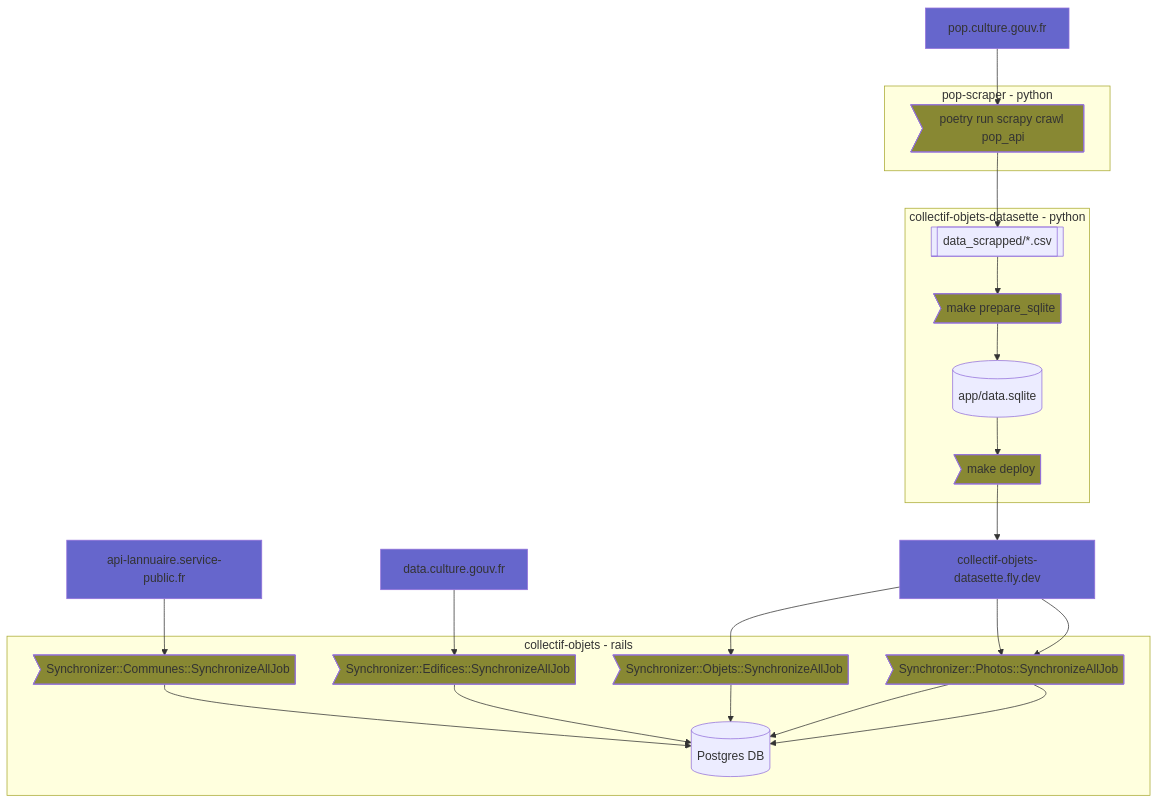
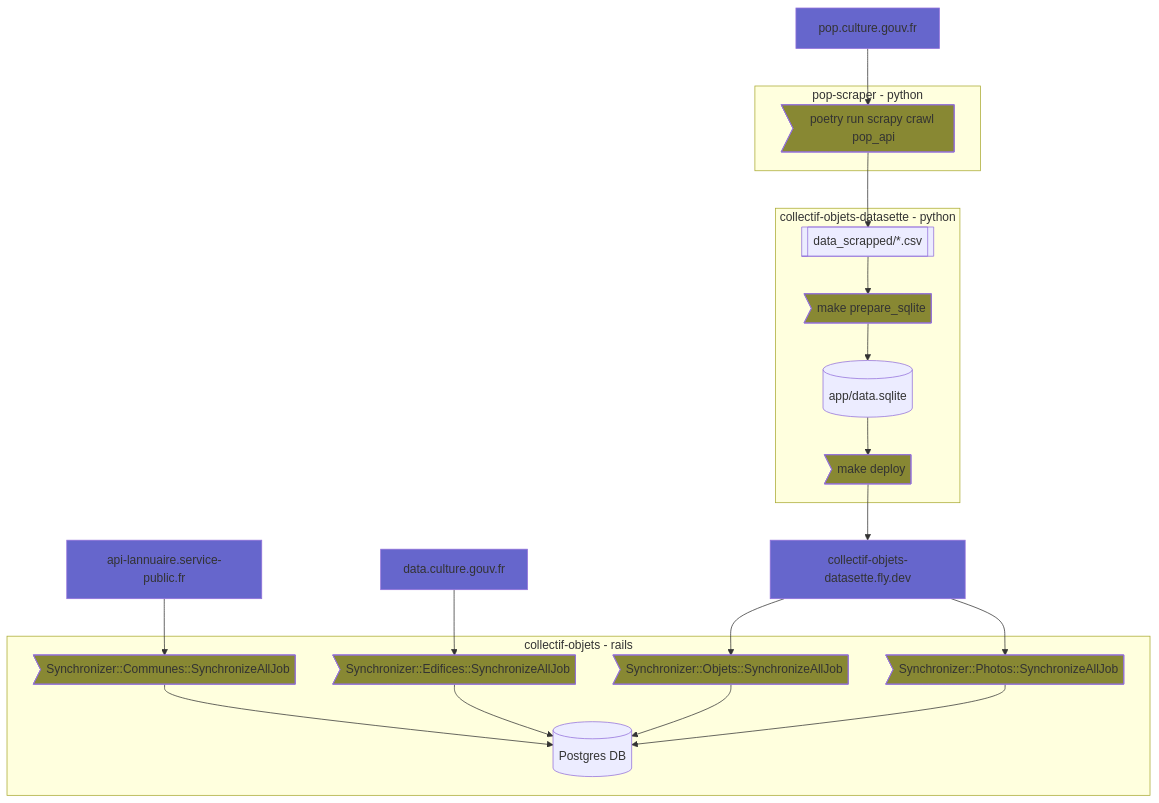
The third of 4 diagrams in README.md (betagouv/collectif-objets), drawn with Mermaid before and after one commit. The commit also changed 8 other files, not shown here.

````diff
--- a/README.md
+++ b/README.md
@@ -454,63 +454,60 @@
 ```mermaid
 flowchart TB
 
 api_service_public[api-lannuaire.service-public.fr]
 api_data_culture_gouv[data.culture.gouv.fr]
 pop[pop.culture.gouv.fr]
 fly[collectif-objets-datasette.fly.dev]
 
 
 subgraph scraper[pop-scraper - python]
   scraper_run>poetry run scrapy crawl pop_api]
 end
 
 subgraph datasette[collectif-objets-datasette - python]
   datasette_run_sqlite>make prepare_sqlite]
   datasette_run_deploy>make deploy]
   csvs[[data_scrapped/*.csv]]
   sqlite[(app/data.sqlite)]
 end
 
 subgraph rails[collectif-objets - rails]
   rails_run_edifices>Synchronizer::Edifices::SynchronizeAllJob]
   rails_run_objets>Synchronizer::Objets::SynchronizeAllJob]
   rails_run_communes>Synchronizer::Communes::SynchronizeAllJob]
   rails_run_photos>Synchronizer::Photos::SynchronizeAllJob]
   postgres[(Postgres DB)]
 end
 
 pop --> scraper_run
 scraper_run --> csvs
 
 csvs --> datasette_run_sqlite
 datasette_run_sqlite --> sqlite
 sqlite --> datasette_run_deploy
 datasette_run_deploy --> fly
 fly --> rails_run_objets
-fly --> rails_run_photos
 rails_run_objets --> postgres
-rails_run_photos --> postgres
 
 api_service_public --> rails_run_communes
 rails_run_communes --> postgres
 
 api_data_culture_gouv --> rails_run_edifices
 rails_run_edifices --> postgres
 
 fly --> rails_run_photos
 rails_run_photos --> postgres
 
 style pop fill:#6666cc
 style fly fill:#6666cc
 style api_service_public fill:#6666cc
 style api_data_culture_gouv fill:#6666cc
 
 style datasette_run_sqlite fill:#888833
 style datasette_run_deploy fill:#888833
 style rails_run_objets fill:#888833
-style rails_run_photos fill:#888833
 style rails_run_communes fill:#888833
 style rails_run_edifices fill:#888833
 style rails_run_photos fill:#888833
 style scraper_run fill:#888833
 ```
````
